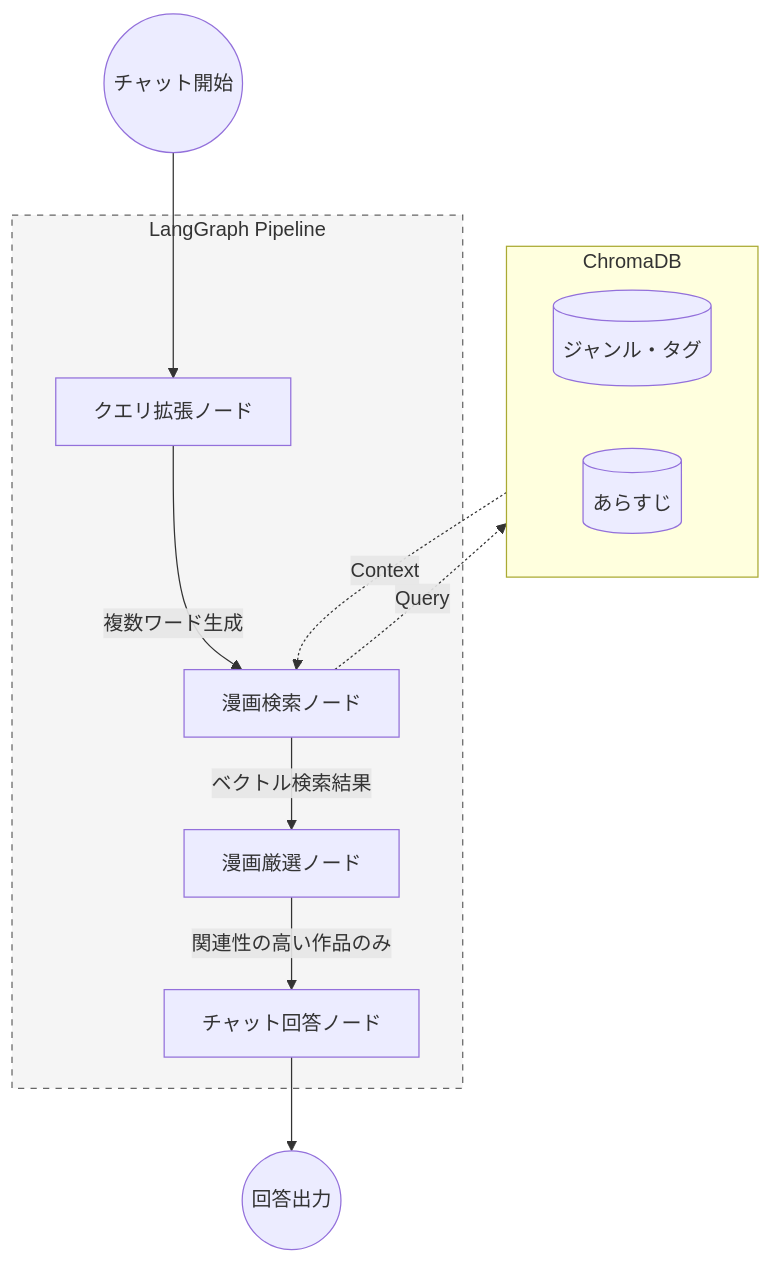
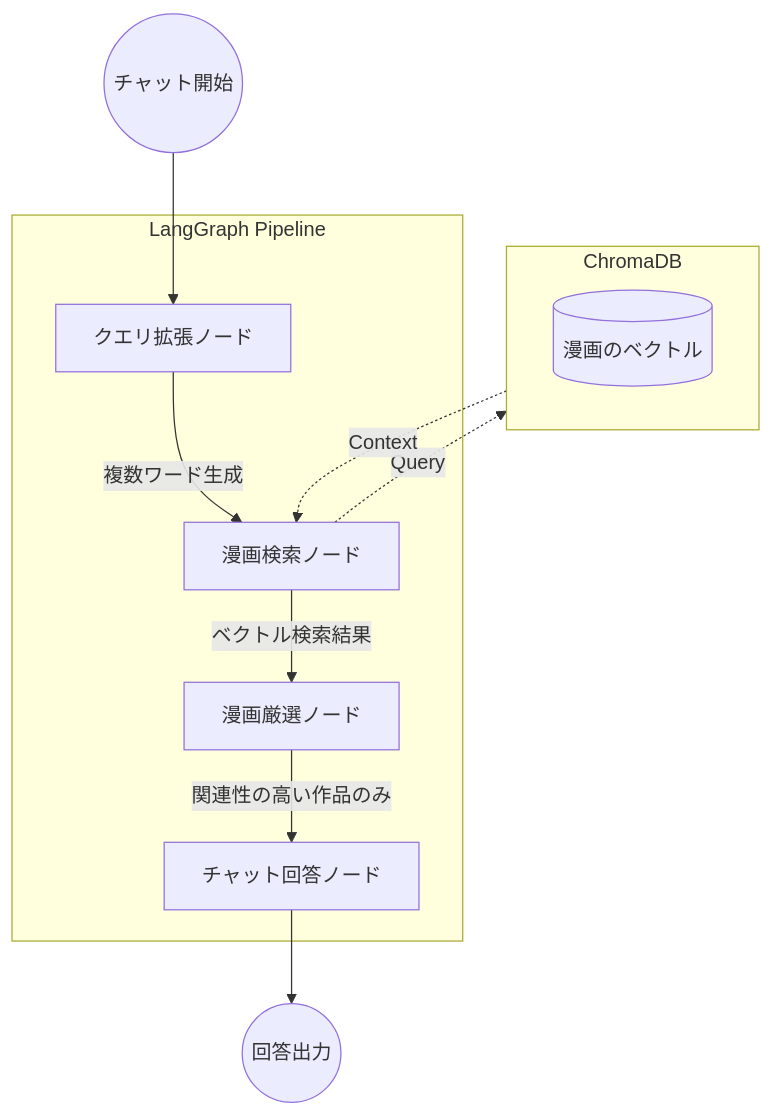
One commit to tsuruta3stack/manga-libraly-by-ai changed the third of 3 diagrams in README.md. Above: the diagram before and after it, drawn with Mermaid.

Commit message:
update: README

````diff
--- a/README.md
+++ b/README.md
@@ -134,23 +134,20 @@
 ```mermaid
 graph TB
     Start((チャット開始)) --> Q_Exp[クエリ拡張ノード]
     
     subgraph Agent_Logic [LangGraph Pipeline]
         Q_Exp -->|複数ワード生成| M_Search[漫画検索ノード]
         M_Search -->|ベクトル検索結果| M_Select[漫画厳選ノード]
         M_Select -->|関連性の高い作品のみ| Chat[チャット回答ノード]
     end
 
     Chat --> End((回答出力))
 
     %% データの接続先を補足
     subgraph ChromaDB [ChromaDB]
-	    tag[(ジャンル・タグ)]
-	    summary[(あらすじ)]
+	    vector[(漫画のベクトル)]
 	end
 	
     M_Search -.->|Query| ChromaDB
     ChromaDB -.->|Context| M_Search
-
-    style Agent_Logic fill:#f5f5f5,stroke:#666,stroke-dasharray: 5 5
 ```
````
